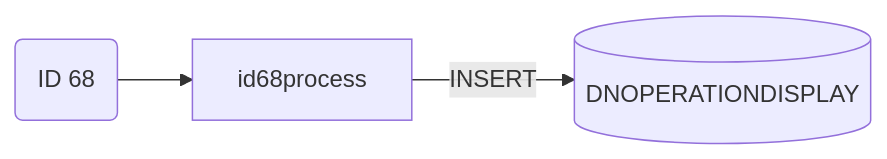
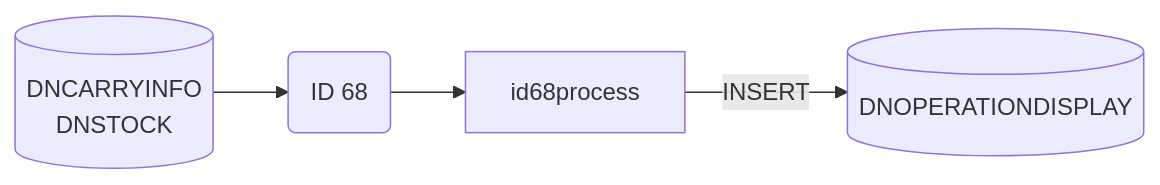
One commit to luthfiadityaa/SimeDarby-Wiki changed the eighth of 9 diagrams in Basic-Design/DFD-WMS/Retrieval/Unplanned-Retrieval-from-HP-Area.md. Above: the diagram before and after it, drawn with Mermaid.

Commit message:
Updated Unplanned Retrieval from HP Area

```diff
--- a/Basic-Design/DFD-WMS/Retrieval/Unplanned-Retrieval-from-HP-Area.md
+++ b/Basic-Design/DFD-WMS/Retrieval/Unplanned-Retrieval-from-HP-Area.md
@@ -318,14 +318,20 @@
 ::: mermaid
 flowchart LR
 
 id68("
 ID 68
 ")
 
+id68-select[("
+DNCARRYINFO
+DNSTOCK
+")]
+
 id68-insert[("
 DNOPERATIONDISPLAY
 ")]
 
+id68-select-->id68
 id68-->id68process
 id68process--> |INSERT| id68-insert
 :::
```
